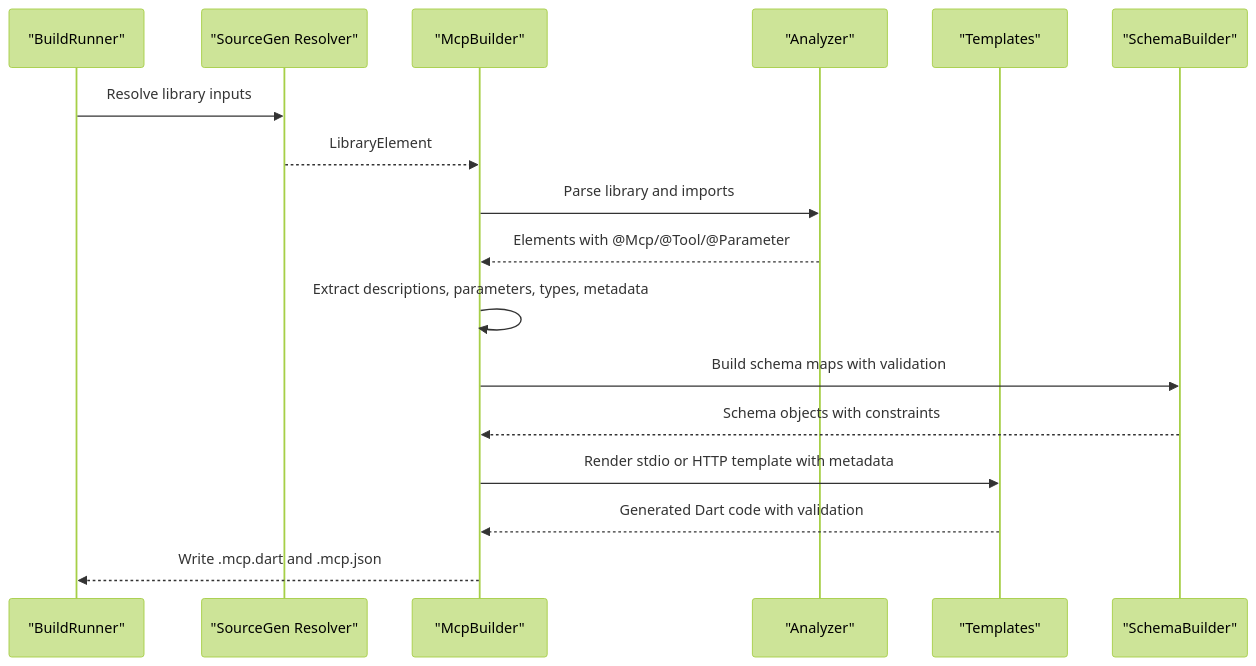
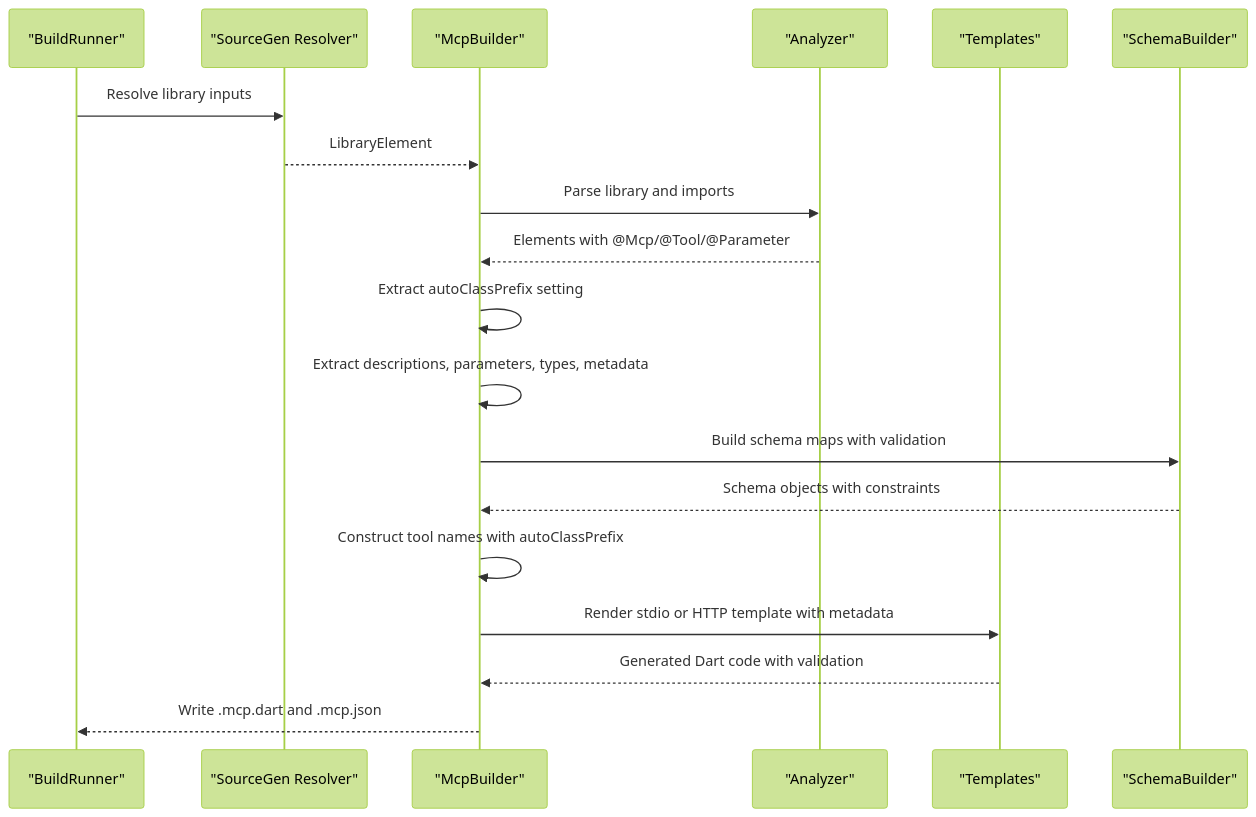
The second of 10 diagrams in .qoder/repowiki/en/content/Core Concepts/Code Generation Workflow.md (cdavis-code/easy_mcp_workspace), drawn with Mermaid (forest theme) before and after one commit. The commit also changed other lines of this file and 3 other files, not shown here.

````diff
--- a/.qoder/repowiki/en/content/Core Concepts/Code Generation Workflow.md
+++ b/.qoder/repowiki/en/content/Core Concepts/Code Generation Workflow.md
@@ -113,19 +116,21 @@
 ```mermaid
 sequenceDiagram
 participant BR as "BuildRunner"
 participant SG as "SourceGen Resolver"
 participant MB as "McpBuilder"
 participant AN as "Analyzer"
 participant TM as "Templates"
 participant SB as "SchemaBuilder"
 BR->>SG : Resolve library inputs
 SG-->>MB : LibraryElement
 MB->>AN : Parse library and imports
 AN-->>MB : Elements with @Mcp/@Tool/@Parameter
+MB->>MB : Extract autoClassPrefix setting
 MB->>MB : Extract descriptions, parameters, types, metadata
 MB->>SB : Build schema maps with validation
 SB-->>MB : Schema objects with constraints
+MB->>MB : Construct tool names with autoClassPrefix
 MB->>TM : Render stdio or HTTP template with metadata
 TM-->>MB : Generated Dart code with validation
 MB-->>BR : Write .mcp.dart and .mcp.json
 ```
````
